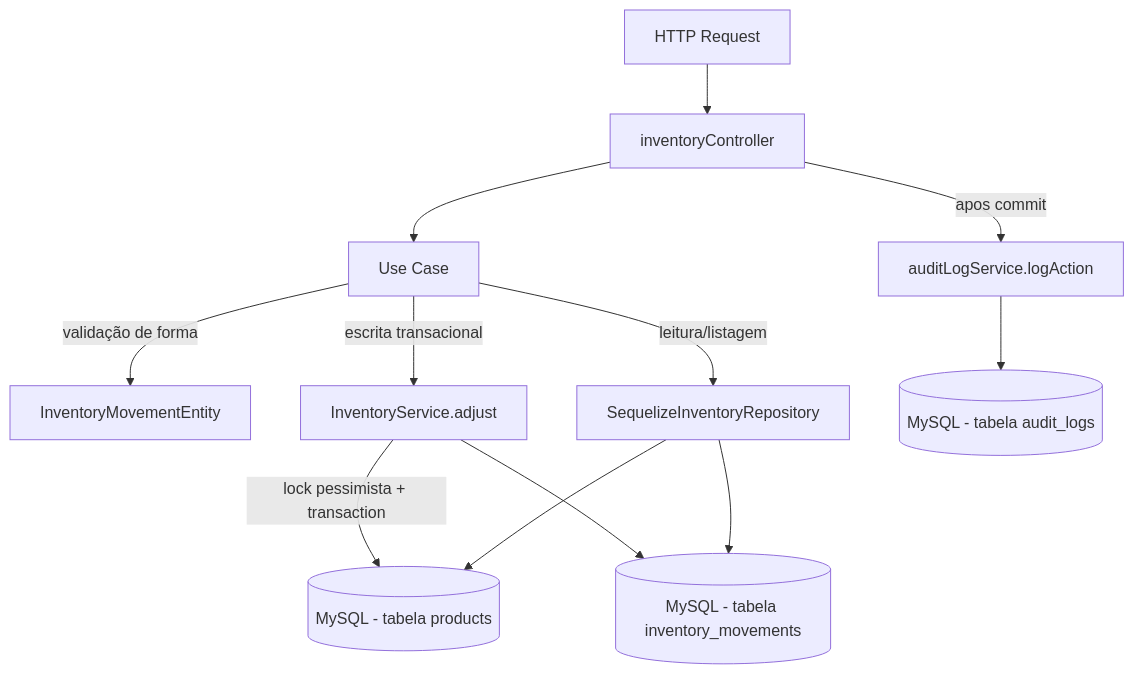
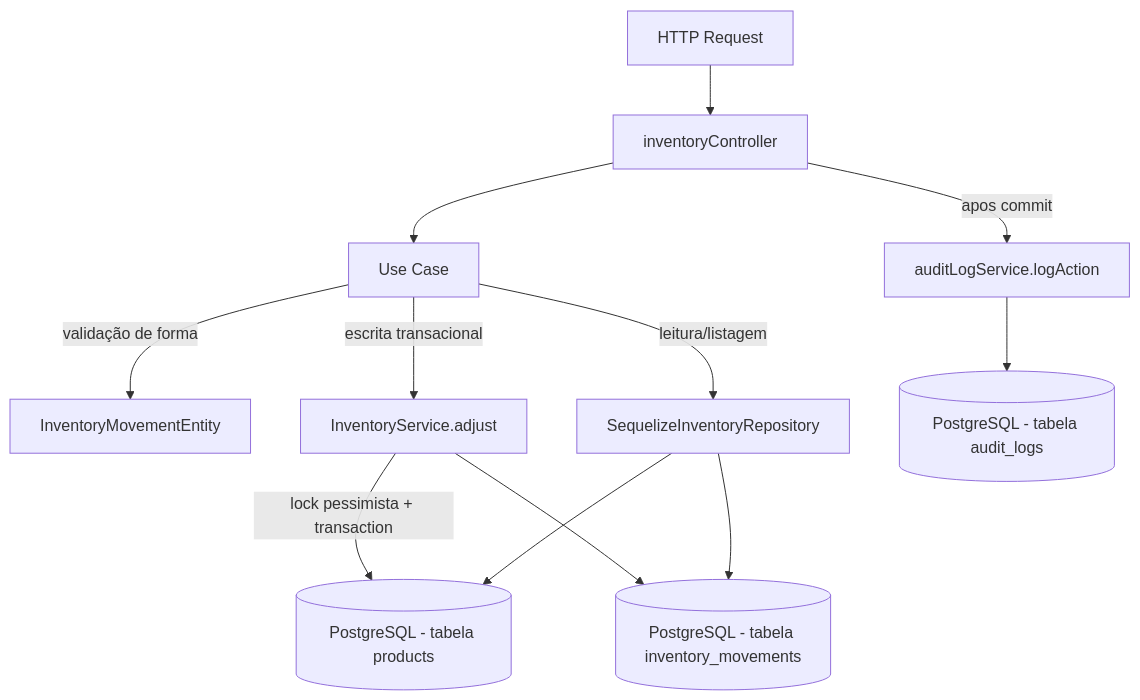
Before and after one commit to RomulosouzaEvok/ERP-EVOK-AUDIO-LTDA: the first of 2 diagrams in server/src/modules/inventory/README.md, drawn with Mermaid. The commit also changed other lines of this file and 452 other files, not shown here.

Commit message:
chore: consolidate TypeScript backend and Blackbox roadmap

````diff
--- a/server/src/modules/inventory/README.md
+++ b/server/src/modules/inventory/README.md
@@ -126,14 +147,14 @@
 ```mermaid
 flowchart TD
   A[HTTP Request] --> B[inventoryController]
   B --> C[Use Case]
   C -->|validação de forma| D[InventoryMovementEntity]
   C -->|leitura/listagem| E[SequelizeInventoryRepository]
   C -->|escrita transacional| F[InventoryService.adjust]
-  F -->|lock pessimista + transaction| G[(MySQL - tabela products)]
-  F --> H[(MySQL - tabela inventory_movements)]
+  F -->|lock pessimista + transaction| G[(PostgreSQL - tabela products)]
+  F --> H[(PostgreSQL - tabela inventory_movements)]
   E --> G
   E --> H
   B -->|apos commit| I[auditLogService.logAction]
-  I --> J[(MySQL - tabela audit_logs)]
+  I --> J[(PostgreSQL - tabela audit_logs)]
 ```
````
